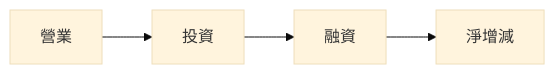
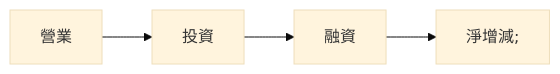
The seventh of 11 diagrams in ai_gen_report/stock/sofi/fundamental_analysis_2026-03-22_openai.md (yennanliu/finance_data), drawn with Mermaid (base theme) before and after one commit. The commit also changed other lines of this file and 2258 other files, not shown here.

First line of the commit message:
chore: backfill Mermaid syntax repair across existing reports

````diff
--- a/ai_gen_report/stock/sofi/fundamental_analysis_2026-03-22_openai.md
+++ b/ai_gen_report/stock/sofi/fundamental_analysis_2026-03-22_openai.md
@@ -184,4 +184,4 @@
 ```mermaid
 graph LR;
-  營業-->投資-->融資-->淨增減;
+  營業 --> 投資 --> 融資 --> nb1["淨增減;"]
 ```
````
